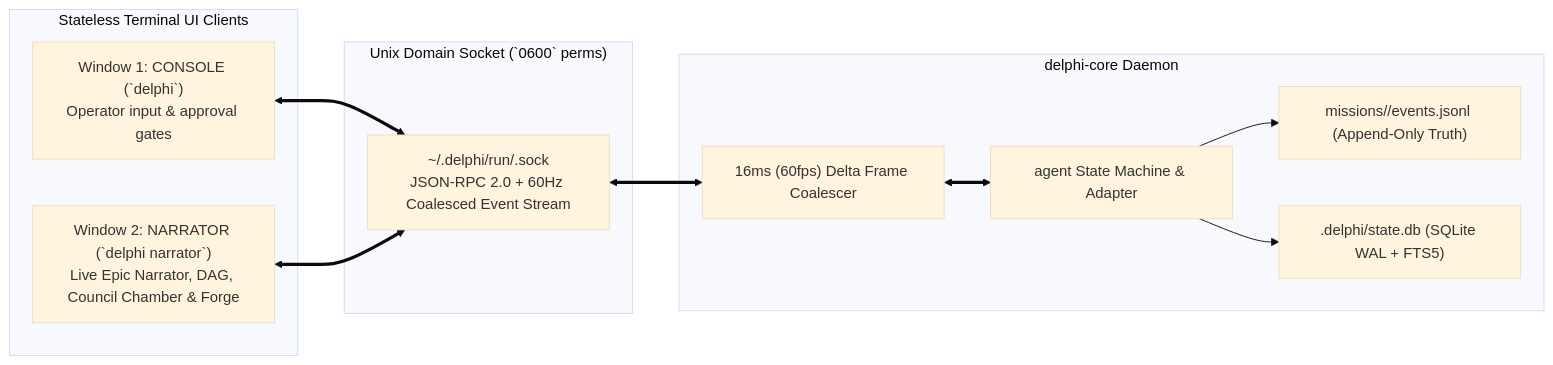
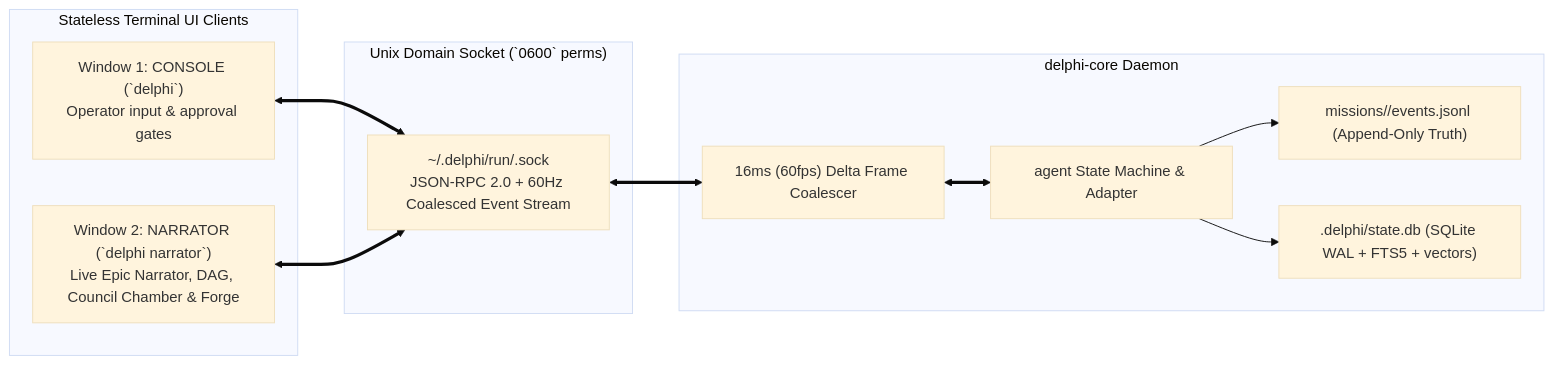
One commit to jessevondoom/delphi changed the diagram in specs/005-console-and-narrator-tui.md. Above: the diagram before and after it, drawn with Mermaid (base theme). The commit also changed other lines of this file and 12 other files, not shown here.

````diff
--- a/specs/005-console-and-narrator-tui.md
+++ b/specs/005-console-and-narrator-tui.md
@@ -41,25 +41,25 @@
 ```mermaid
 flowchart LR
     subgraph Clients ["Stateless Terminal UI Clients"]
         Console["Window 1: CONSOLE (`delphi`)\nOperator input & approval gates"]
         Narrator["Window 2: NARRATOR (`delphi narrator`)\nLive Epic Narrator, DAG, Council Chamber & Forge"]
     end
 
     subgraph Socket ["Unix Domain Socket (`0600` perms)"]
         UDS["~/.delphi/run/<workspace-hash>.sock\nJSON-RPC 2.0 + 60Hz Coalesced Event Stream"]
     end
 
     subgraph Daemon ["delphi-core Daemon"]
         Coalescer["16ms (60fps) Delta Frame Coalescer"]
         Engine["agent State Machine & Adapter"]
         Log["missions/<id>/events.jsonl (Append-Only Truth)"]
-        DB[".delphi/state.db (SQLite WAL + FTS5)"]
+        DB[".delphi/state.db (SQLite WAL + FTS5 + vectors)"]
     end
 
     Console <==> UDS
     Narrator <==> UDS
     UDS <==> Coalescer
     Coalescer <==> Engine
     Engine --> Log
     Engine --> DB
 ```
````
